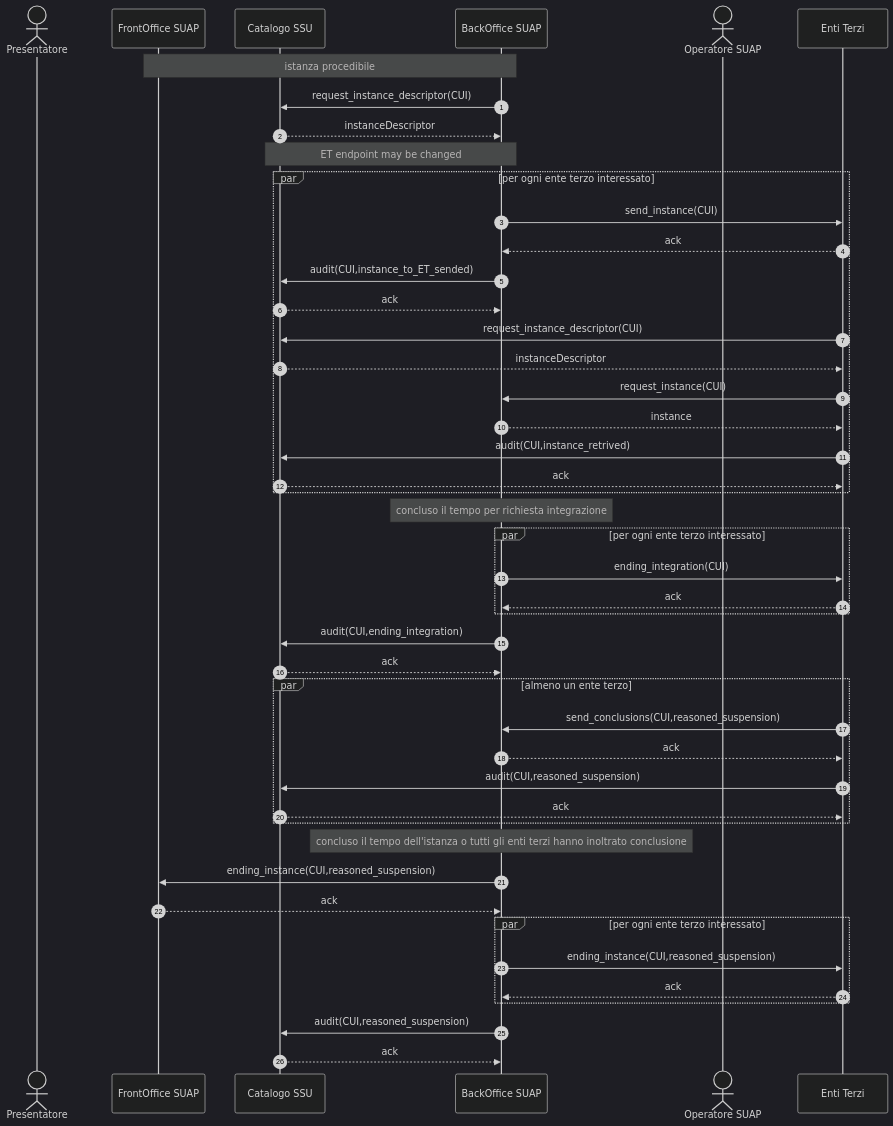
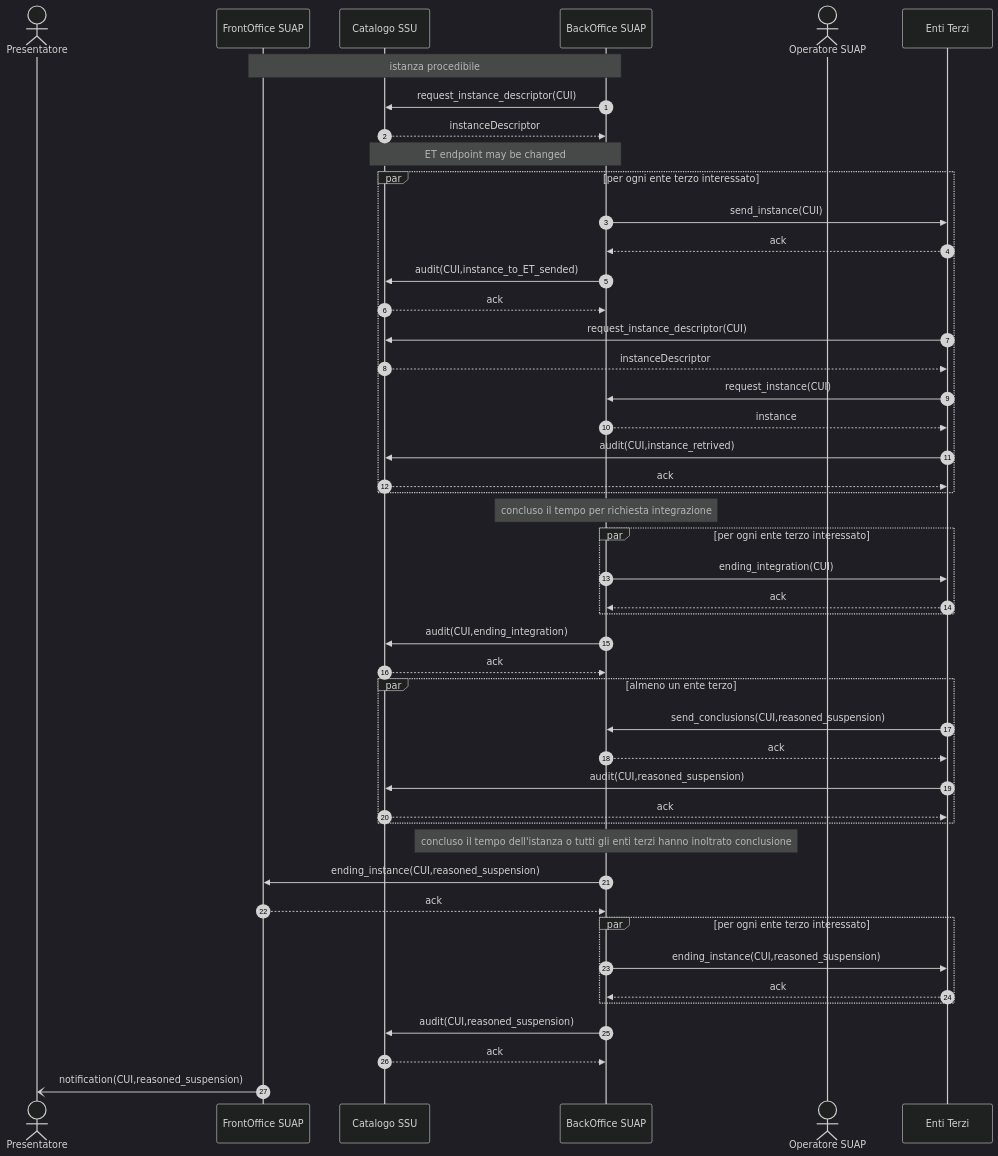
The diagram in to_interoperabilita/sequence-diagram/SCIA-002.mermaid (AgID/suap-gt-specifiche), drawn with Mermaid (dark theme) before and after one commit. The commit also changed other lines of this file, not shown here.

Commit message:
fixed SCIA-002

```diff
--- a/to_interoperabilita/sequence-diagram/SCIA-002.mermaid
+++ b/to_interoperabilita/sequence-diagram/SCIA-002.mermaid
@@ -1,52 +1,54 @@
 sequenceDiagram
     autonumber
 
     actor P as Presentatore    
     participant F as FrontOffice SUAP
     participant C as Catalogo SSU    
     participant B as BackOffice SUAP    
     actor O as Operatore SUAP    
     participant E as Enti Terzi    
  
     Note over F,B: istanza procedibile
     B ->> C: request_instance_descriptor(CUI)
     C -->> B: instanceDescriptor
     Note over C,B: ET endpoint may be changed
     
     par per ogni ente terzo interessato        
         B ->> E: send_instance(CUI)
         E -->> B: ack
         B ->> C: audit(CUI,instance_to_ET_sended)
         C -->> B: ack
         E ->> C: request_instance_descriptor(CUI)
         C -->> E: instanceDescriptor
         E ->> B: request_instance(CUI)
         B -->> E: instance
         E ->> C: audit(CUI,instance_retrived)
         C -->> E: ack
     end
 
     Note over B: concluso il tempo per richiesta integrazione
     par per ogni ente terzo interessato 
         B ->> E: ending_integration(CUI)
         E -->> B: ack
     end
         B ->> C: audit(CUI,ending_integration)
         C -->> B: ack
 
     par almeno un ente terzo
         E ->> B: send_conclusions(CUI,reasoned_suspension)
         B -->> E: ack 
         E ->> C: audit(CUI,reasoned_suspension)
         C -->> E: ack           
     end
 
     Note over B: concluso il tempo dell'istanza o tutti gli enti terzi hanno inoltrato conclusione
     B ->> F: ending_instance(CUI,reasoned_suspension)
     F -->> B: ack            
     par per ogni ente terzo interessato
         B ->> E: ending_instance(CUI,reasoned_suspension)
         E -->> B: ack
     end
     B ->> C: audit(CUI,reasoned_suspension)
     C -->> B: ack
+
+    F -) P: notification(CUI,reasoned_suspension)
```
